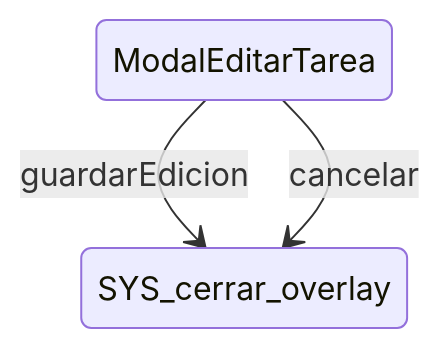
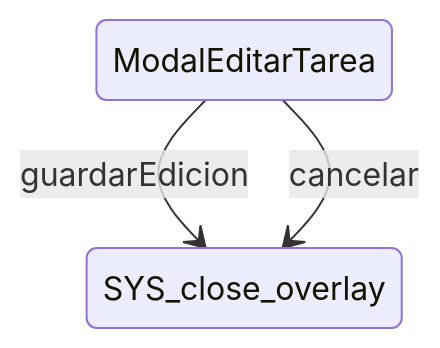
The diagram in spec/docs/sistema/overlays/ModalEditarTarea.md (cepeche/Trenza-DSL), drawn with Mermaid before and after one commit. The commit also changed other lines of this file and 2250 other files, not shown here.

````diff
--- a/spec/docs/sistema/overlays/ModalEditarTarea.md
+++ b/spec/docs/sistema/overlays/ModalEditarTarea.md
@@ -17,5 +18,5 @@
 ```mermaid
 stateDiagram-v2
-    ModalEditarTarea --> SYS_cerrar_overlay : guardarEdicion
-    ModalEditarTarea --> SYS_cerrar_overlay : cancelar
+    ModalEditarTarea --> SYS_close_overlay : guardarEdicion
+    ModalEditarTarea --> SYS_close_overlay : cancelar
 ```
````
